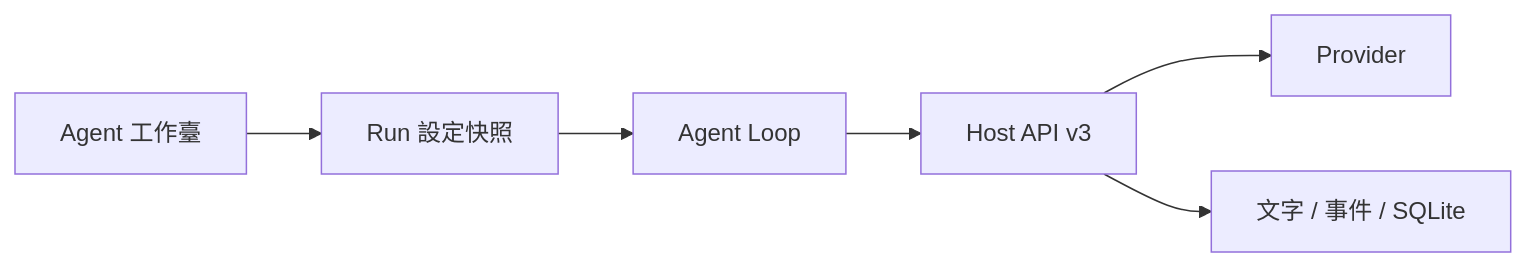
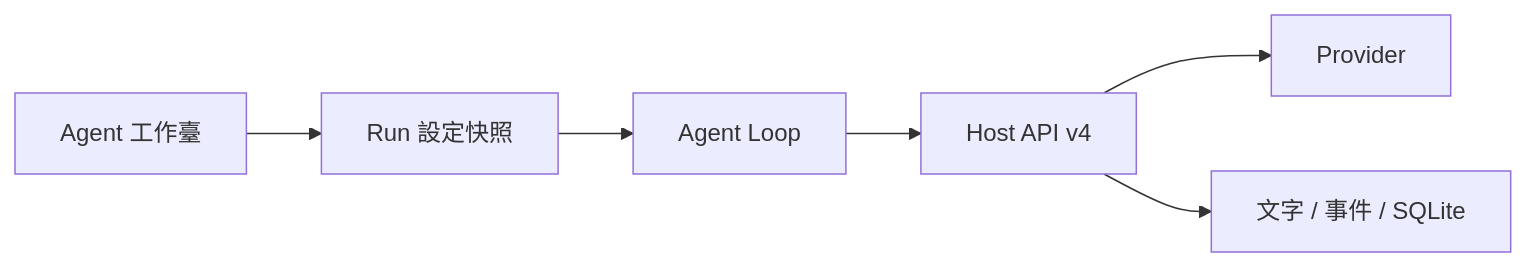
Before and after one commit to HsinPu/OpenSprite: the diagram in README.md, drawn with Mermaid. The commit also changed other lines of this file and 94 other files, not shown here.

Commit message:
feat(agent): give loop plugins control of execution flow

````diff
--- a/README.md
+++ b/README.md
@@ -111,8 +111,8 @@
 ```mermaid
 flowchart LR
   UI[Agent 工作臺] --> Run[Run 設定快照]
   Run --> Loop[Agent Loop]
-  Loop --> Host[Host API v3]
+  Loop --> Host[Host API v4]
   Host --> Provider[Provider]
   Host --> State[文字 / 事件 / SQLite]
 ```
````
